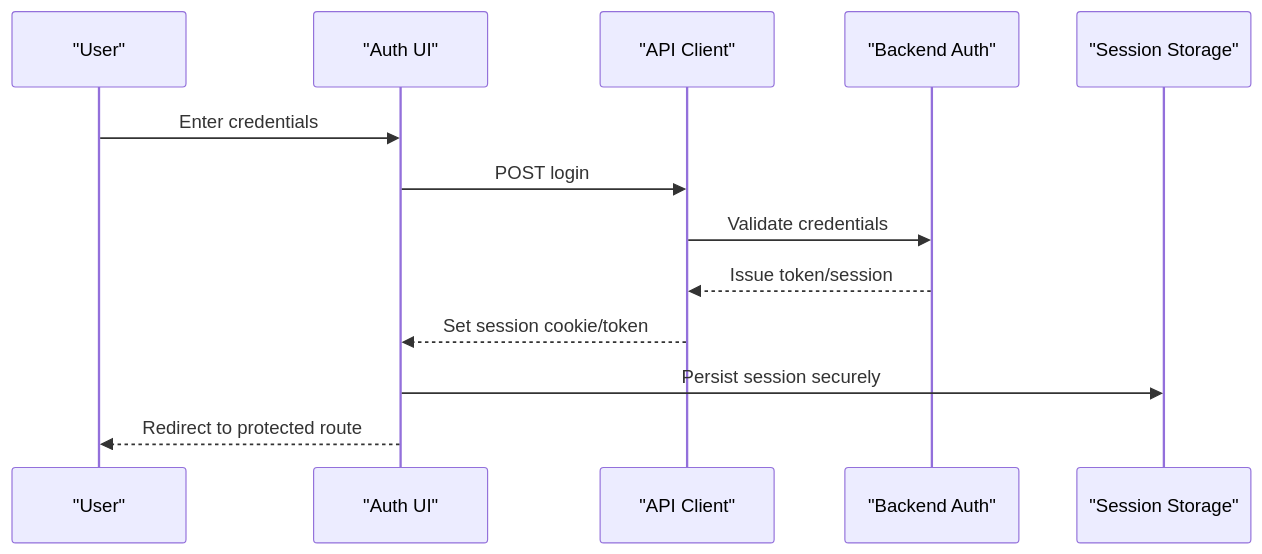
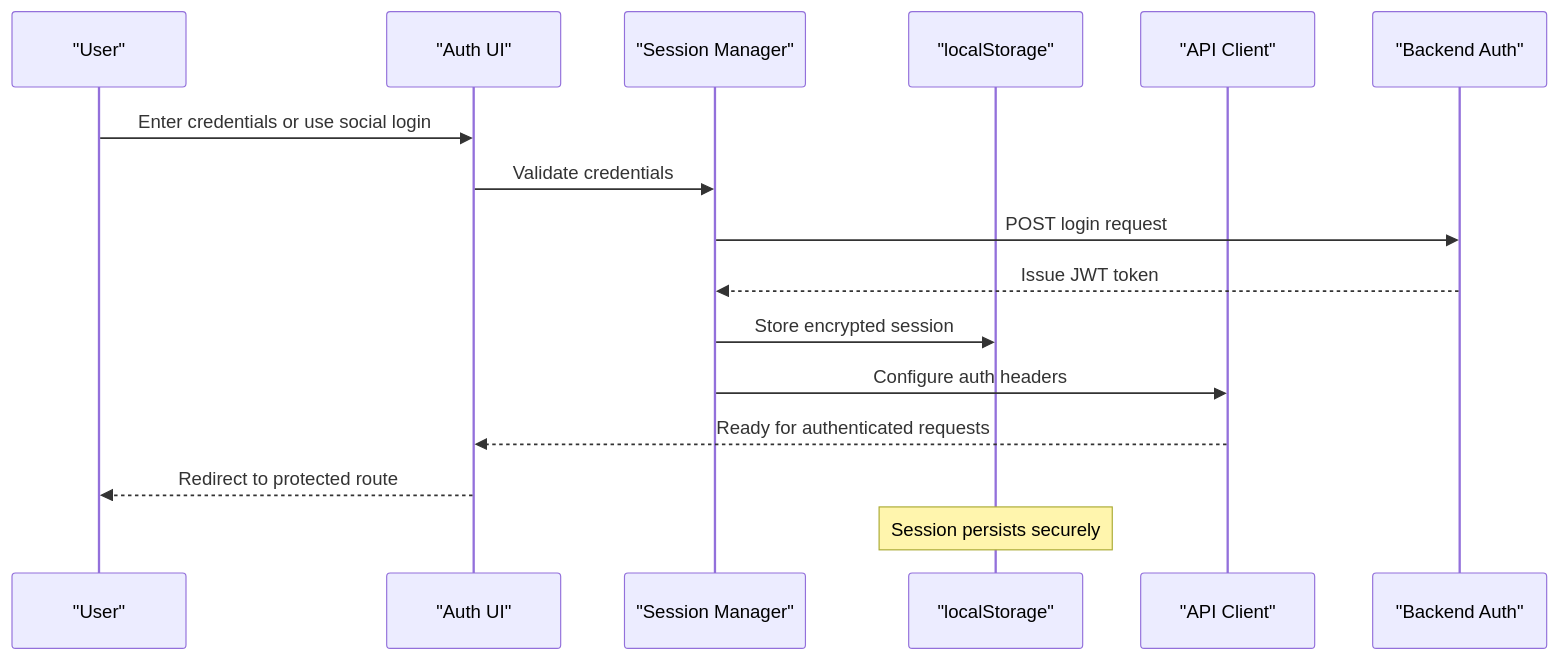
One commit to hieudepoet/Insurix changed the eighth of 9 diagrams in .qoder/repowiki/en/content/Architecture Overview/Frontend Architecture.md. Above: the diagram before and after it, drawn with Mermaid. The commit also changed other lines of this file and 63 other files, not shown here.

````diff
--- a/.qoder/repowiki/en/content/Architecture Overview/Frontend Architecture.md
+++ b/.qoder/repowiki/en/content/Architecture Overview/Frontend Architecture.md
@@ -349,15 +439,18 @@
 ```mermaid
 sequenceDiagram
 participant User as "User"
 participant AuthUI as "Auth UI"
-participant API as "API Client"
-participant Server as "Backend Auth"
-participant Storage as "Session Storage"
-User->>AuthUI : Enter credentials
-AuthUI->>API : POST login
-API->>Server : Validate credentials
-Server-->>API : Issue token/session
-API-->>AuthUI : Set session cookie/token
-AuthUI->>Storage : Persist session securely
+participant SessionMgr as "Session Manager"
+participant LocalStorage as "localStorage"
+participant APIClient as "API Client"
+participant Backend as "Backend Auth"
+User->>AuthUI : Enter credentials or use social login
+AuthUI->>SessionMgr : Validate credentials
+SessionMgr->>Backend : POST login request
+Backend-->>SessionMgr : Issue JWT token
+SessionMgr->>LocalStorage : Store encrypted session
+SessionMgr->>APIClient : Configure auth headers
+APIClient-->>AuthUI : Ready for authenticated requests
 AuthUI-->>User : Redirect to protected route
+Note over LocalStorage : Session persists securely
 ```
````
